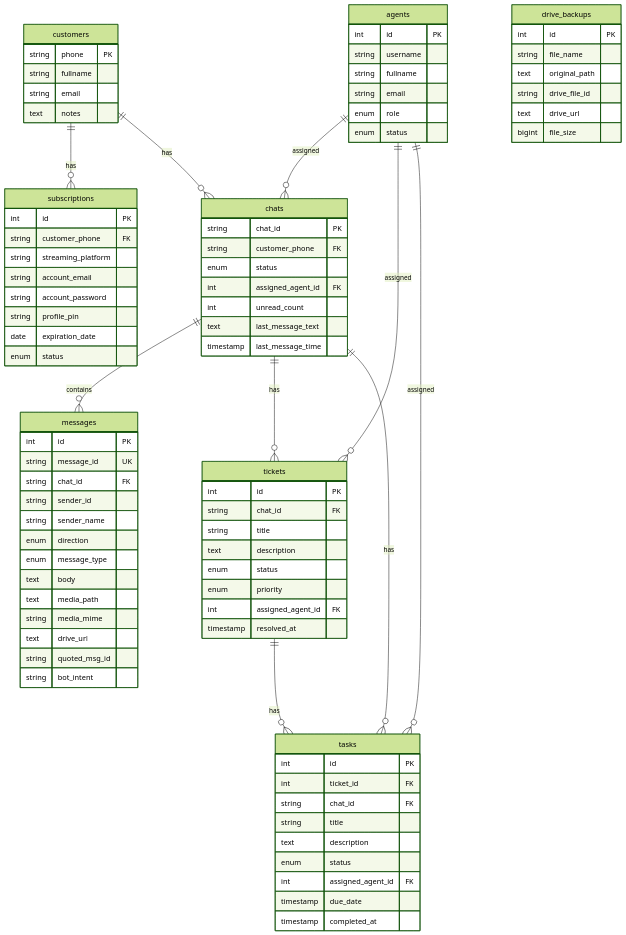
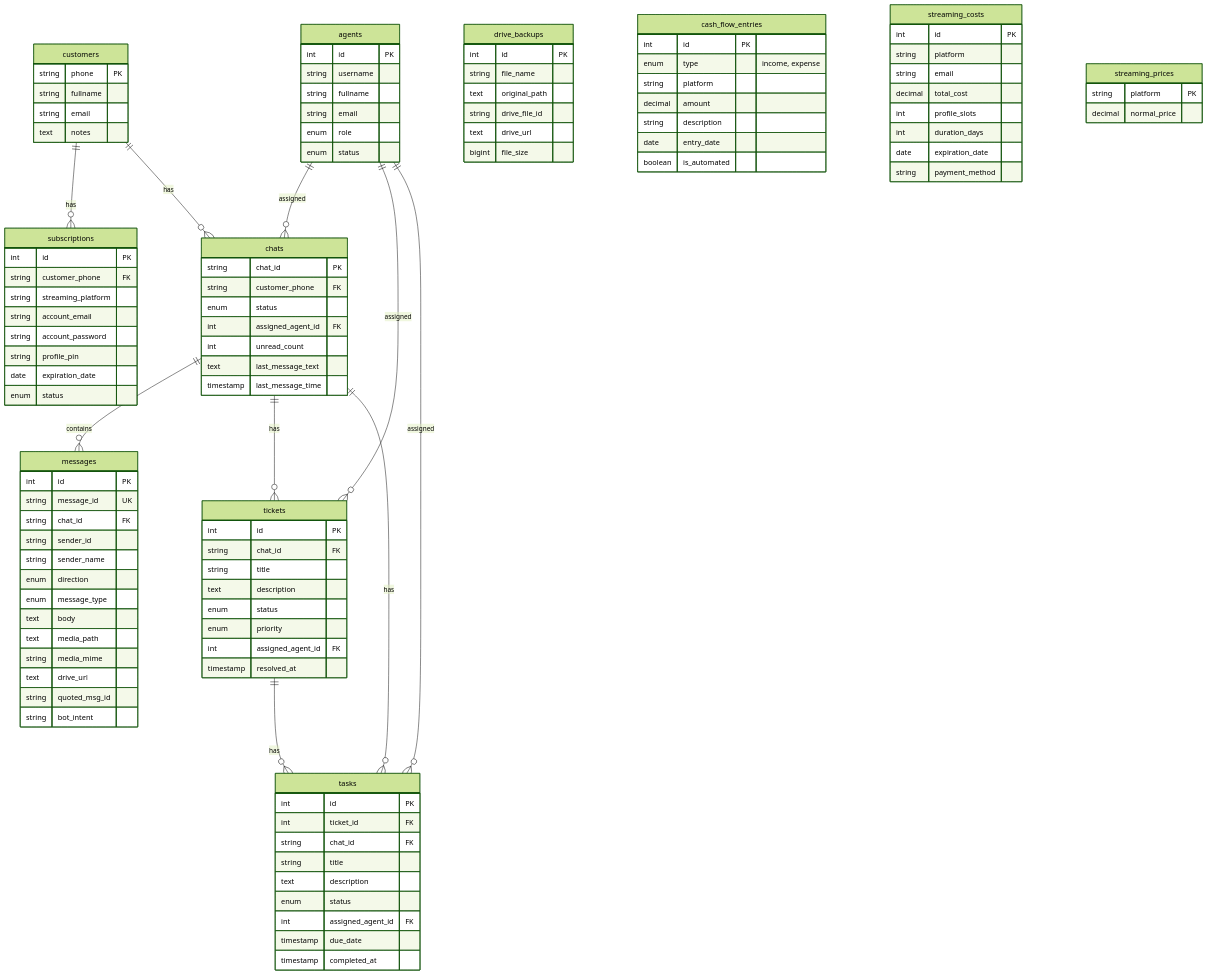
One commit to developer-lifee/whatbot changed the diagram in README.md. Above: the diagram before and after it, drawn with Mermaid (forest theme).

Commit message:
docs: documentar tablas de contabilidad en el modelo ER de README.md

```diff
--- a/README.md
+++ b/README.md
@@ -165,6 +165,29 @@
         text drive_url
         bigint file_size
     }
+    cash_flow_entries {
+        int id PK
+        enum type "income, expense"
+        string platform
+        decimal amount
+        string description
+        date entry_date
+        boolean is_automated
+    }
+    streaming_costs {
+        int id PK
+        string platform
+        string email
+        decimal total_cost
+        int profile_slots
+        int duration_days
+        date expiration_date
+        string payment_method
+    }
+    streaming_prices {
+        string platform PK
+        decimal normal_price
+    }
 
     agents ||--o{ chats : "assigned"
     agents ||--o{ tickets : "assigned"
```
